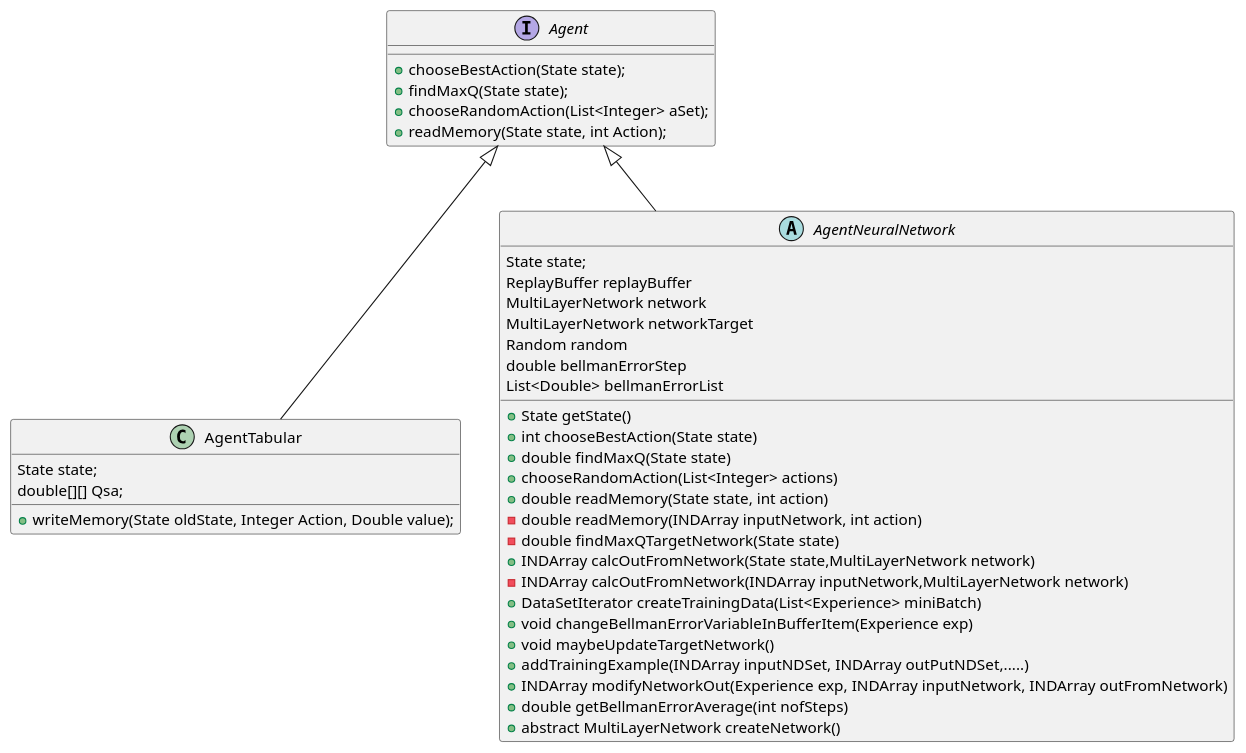
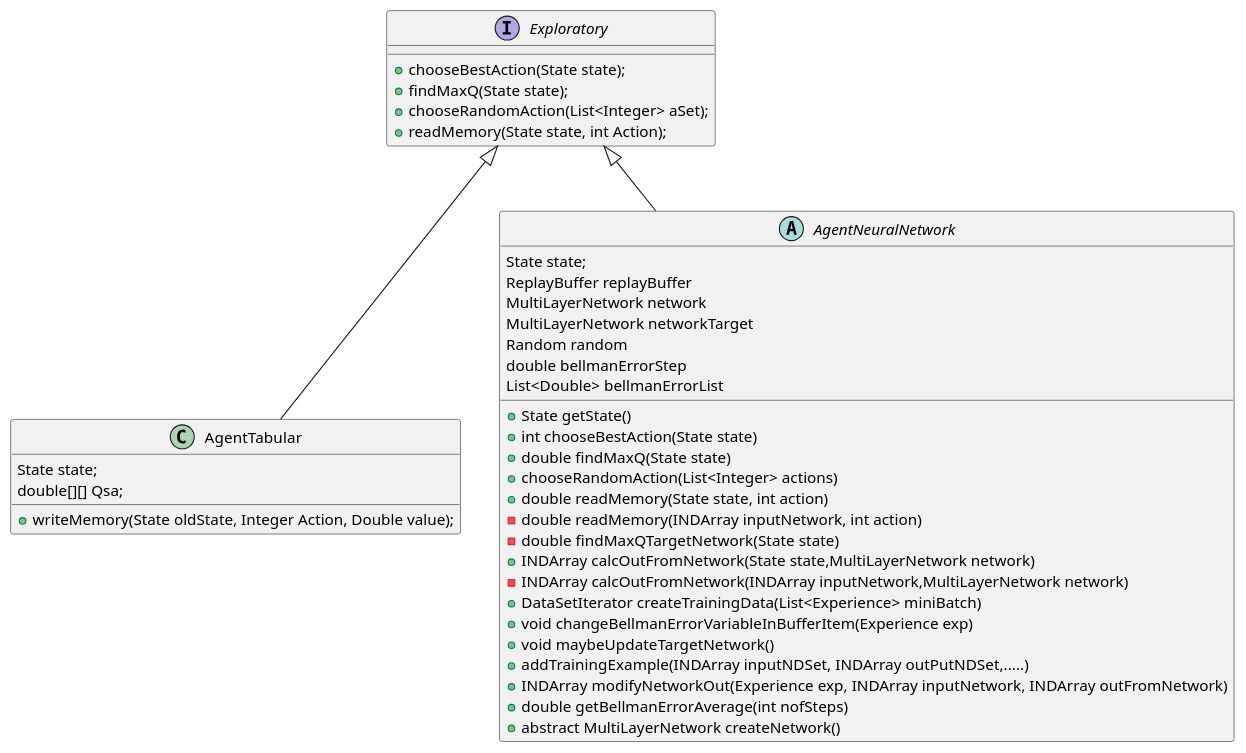
One commit to JonasHellgren/MachineLearning changed the diagram in src/main/java/java_ai_gym/plantuml/classes_agent.puml. Above: the diagram before and after it, drawn with PlantUML. The commit also changed 1 other file, not shown here.

Commit message:
Minor plantuml updates. For ex Environment as absract class.

```diff
--- a/src/main/java/java_ai_gym/plantuml/classes_agent.puml
+++ b/src/main/java/java_ai_gym/plantuml/classes_agent.puml
@@ -1,47 +1,47 @@
 @startuml
 'https://plantuml.com/class-diagram
 
-interface Agent {
+interface Exploratory {
     + chooseBestAction(State state);
     + findMaxQ(State state);
     + chooseRandomAction(List<Integer> aSet);
     + readMemory(State state, int Action);
 }
 
 class AgentTabular {
 State state;
 double[][] Qsa;
 + writeMemory(State oldState, Integer Action, Double value);
 }
 
 abstract class AgentNeuralNetwork {
 State state;
 ReplayBuffer replayBuffer
 MultiLayerNetwork network
 MultiLayerNetwork networkTarget
 Random random
 double bellmanErrorStep
 List<Double> bellmanErrorList
 
 + State getState()
 + int chooseBestAction(State state)
 + double findMaxQ(State state)
 + chooseRandomAction(List<Integer> actions)
 + double readMemory(State state, int action)
 - double readMemory(INDArray inputNetwork, int action)
 - double findMaxQTargetNetwork(State state)
 + INDArray calcOutFromNetwork(State state,MultiLayerNetwork network)
 - INDArray calcOutFromNetwork(INDArray inputNetwork,MultiLayerNetwork network)
 + DataSetIterator createTrainingData(List<Experience> miniBatch)
 + void changeBellmanErrorVariableInBufferItem(Experience exp)
 + void maybeUpdateTargetNetwork()
 + addTrainingExample(INDArray inputNDSet, INDArray outPutNDSet,.....)
 + INDArray modifyNetworkOut(Experience exp, INDArray inputNetwork, INDArray outFromNetwork)
 + double getBellmanErrorAverage(int nofSteps)
 + abstract MultiLayerNetwork createNetwork()
 }
 
-Agent  <|-- AgentTabular
-Agent  <|-- AgentNeuralNetwork
+Exploratory  <|-- AgentTabular
+Exploratory  <|-- AgentNeuralNetwork
 
 @enduml
```
